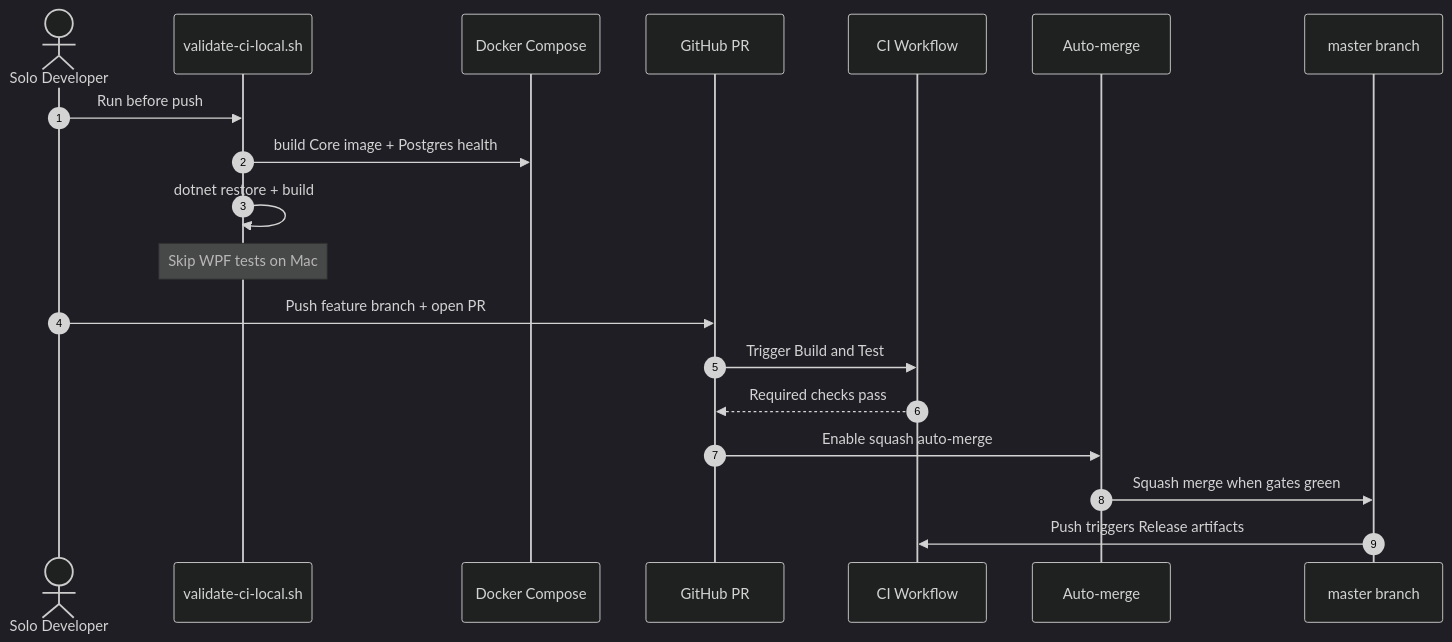
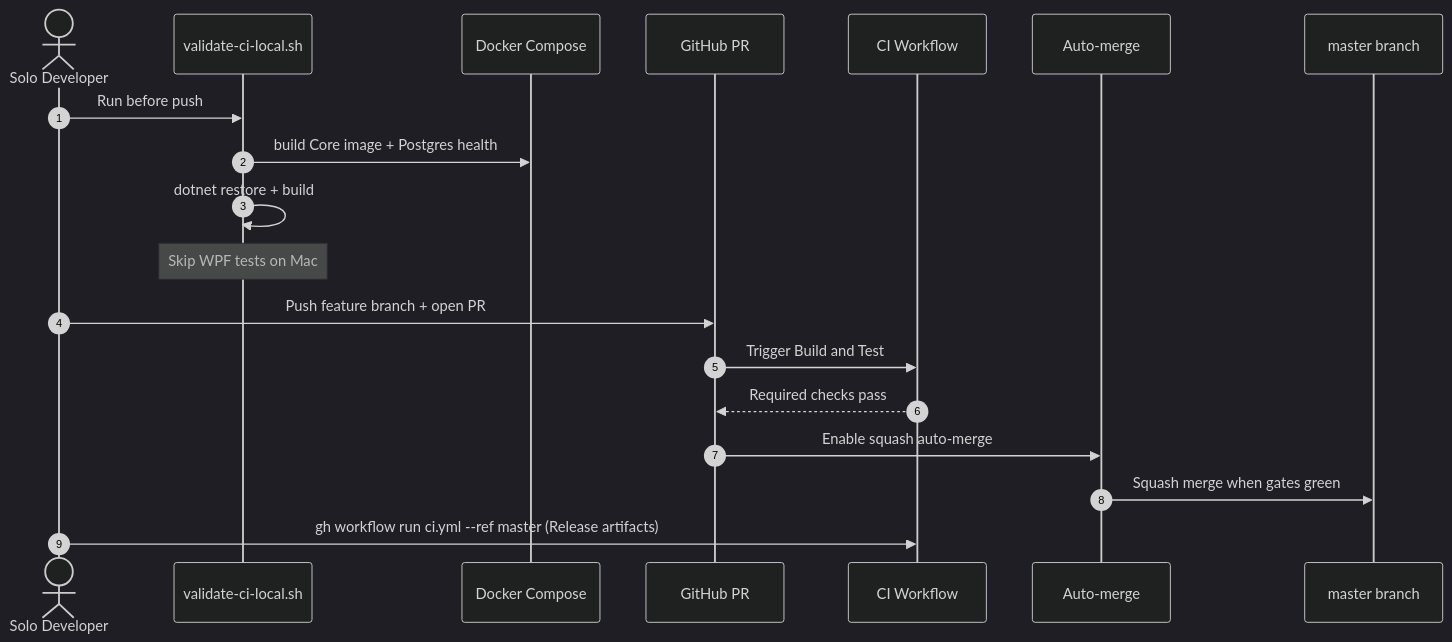
The second of 2 diagrams in Documentation/diagrams/busbuddy-3-architecture.md (Bigessfour/BusBuddy-3), drawn with Mermaid (dark theme) before and after one commit. The commit also changed other lines of this file and 4 other files, not shown here.

First line of the commit message:
ci: allow Release artifacts on workflow_dispatch; document why push never fires (#79)

````diff
--- a/Documentation/diagrams/busbuddy-3-architecture.md
+++ b/Documentation/diagrams/busbuddy-3-architecture.md
@@ -197,22 +197,22 @@
 ```mermaid
 sequenceDiagram
     autonumber
     actor Dev as Solo Developer
     participant Local as validate-ci-local.sh
     participant Docker as Docker Compose
     participant GH as GitHub PR
     participant CI as CI Workflow
     participant AM as Auto-merge
     participant Master as master branch
 
     Dev->>Local: Run before push
     Local->>Docker: build Core image + Postgres health
     Local->>Local: dotnet restore + build
     Note over Local: Skip WPF tests on Mac
     Dev->>GH: Push feature branch + open PR
     GH->>CI: Trigger Build and Test
     CI-->>GH: Required checks pass
     GH->>AM: Enable squash auto-merge
     AM->>Master: Squash merge when gates green
-    Master->>CI: Push triggers Release artifacts
+    Dev->>CI: gh workflow run ci.yml --ref master (Release artifacts)
 ```
````
